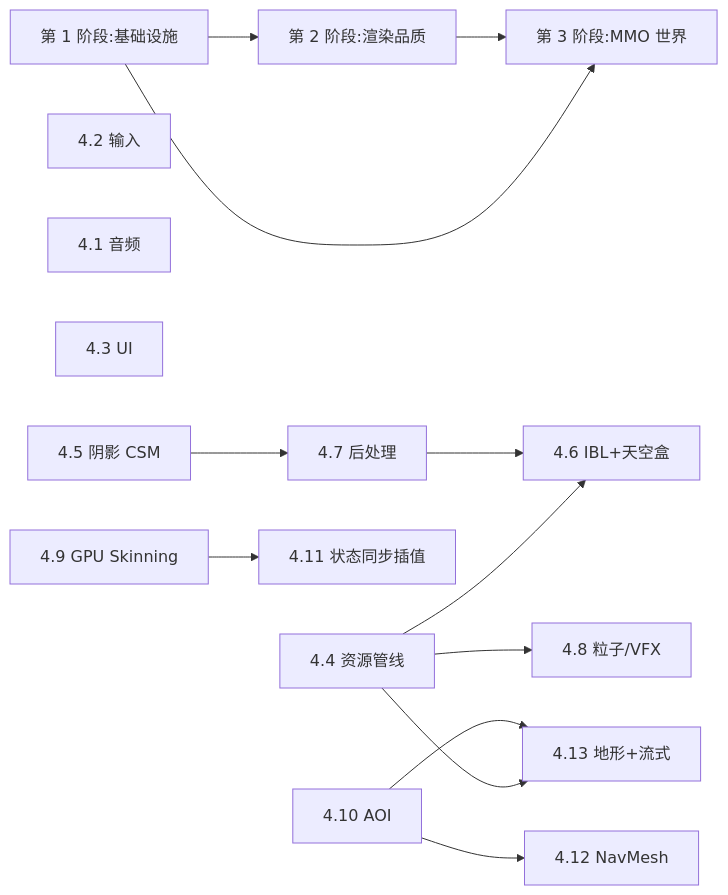
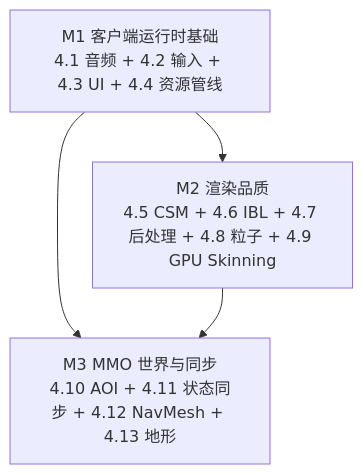
One commit to qianqians/geese changed the first of 2 diagrams in .qoder/repowiki/zh/content/功能模块缺口规划.md. Above: the diagram before and after it, drawn with Mermaid. The commit also changed other lines of this file and 12 other files, not shown here.

````diff
--- a/.qoder/repowiki/zh/content/功能模块缺口规划.md
+++ b/.qoder/repowiki/zh/content/功能模块缺口规划.md
@@ -401,20 +57,9 @@
 ```mermaid
-flowchart LR
-S1["第 1 阶段:基础设施"] --> S2["第 2 阶段:渲染品质"]
-S1 --> S3["第 3 阶段:MMO 世界"]
-S2 --> S3
-
-P0_A["4.4 资源管线"] --> P1_B["4.6 IBL+天空盒"]
-P0_A --> P1_E["4.13 地形+流式"]
-P0_A --> P1_C["4.8 粒子/VFX"]
-P0_B["4.2 输入"]
-P0_C["4.1 音频"]
-P0_D["4.3 UI"]
-
-P1_A["4.5 阴影 CSM"] --> P1_F["4.7 后处理"]
-P1_F --> P1_B
-P1_G["4.9 GPU Skinning"] --> C2["4.11 状态同步插值"]
-
-C1["4.10 AOI"] --> C3["4.12 NavMesh"]
-C1 --> P1_E
+graph TB
+    M1["M1 客户端运行时基础<br/>4.1 音频 + 4.2 输入 + 4.3 UI + 4.4 资源管线"]
+    M2["M2 渲染品质<br/>4.5 CSM + 4.6 IBL + 4.7 后处理 + 4.8 粒子 + 4.9 GPU Skinning"]
+    M3["M3 MMO 世界与同步<br/>4.10 AOI + 4.11 状态同步 + 4.12 NavMesh + 4.13 地形"]
+    M1 --> M2
+    M1 --> M3
+    M2 --> M3
 ```
````
